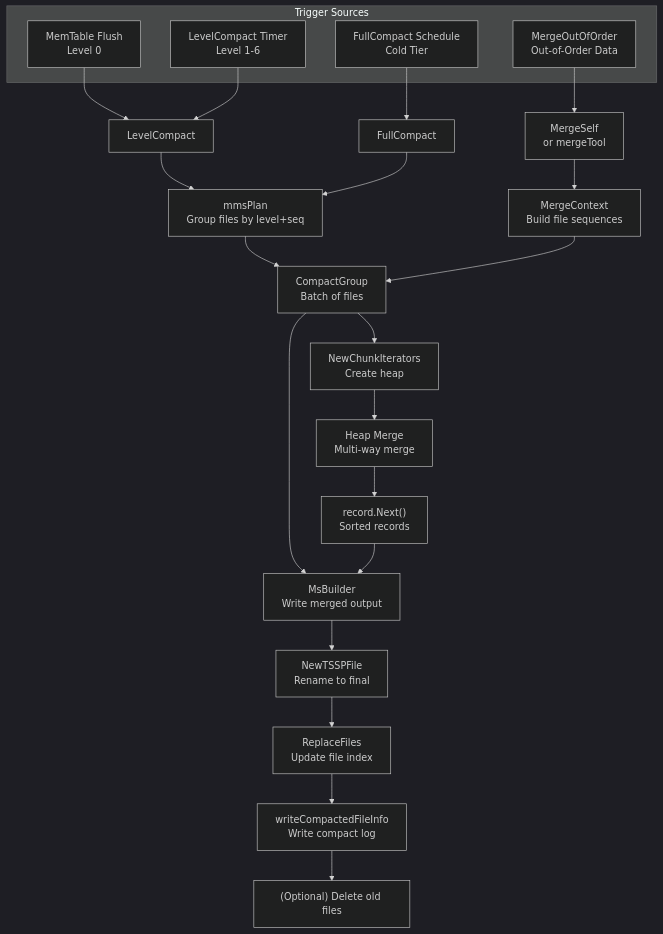
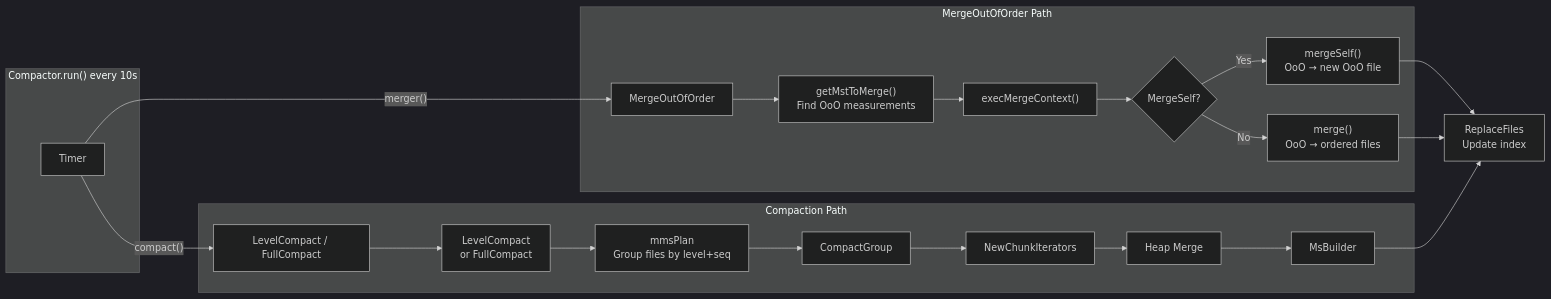
The sixth of 40 diagrams in openspec/specs/spec.md (stefanv5/openGemini), drawn with Mermaid (dark theme) before and after one commit. The commit also changed other lines of this file, not shown here.

First line of the commit message:
fix: correct MergeOutOfOrder flow - independent from FullCompact

````diff
--- a/openspec/specs/spec.md
+++ b/openspec/specs/spec.md
@@ -873,34 +938,30 @@
 ```mermaid
-flowchart TD
-    subgraph "Trigger Sources"
-        A["MemTable Flush<br/>Level 0"] 
-        B["LevelCompact Timer<br/>Level 1-6"]
-        C["FullCompact Schedule<br/>Cold Tier"]
-        D["MergeOutOfOrder<br/>Out-of-Order Data"]
+flowchart LR
+    subgraph "Compactor.run() every 10s"
+        T["Timer"]
     end
     
-    A --> E["LevelCompact"]
-    B --> E
-    C --> F["FullCompact"]
-    D --> G["MergeSelf<br/>or mergeTool"]
+    T -->|"merger()"| M["MergeOutOfOrder"]
+    T -->|"compact()"| C["LevelCompact / FullCompact"]
     
-    E --> H["mmsPlan<br/>Group files by level+seq"]
-    F --> H
-    G --> I["MergeContext<br/>Build file sequences"]
+    subgraph "MergeOutOfOrder Path"
+        M --> M1["getMstToMerge()<br/>Find OoO measurements"]
+        M1 --> M2["execMergeContext()"]
+        M2 --> M3{"MergeSelf?"}
+        M3 -->|Yes| M4["mergeSelf()<br/>OoO → new OoO file"]
+        M3 -->|No| M5["merge()<br/>OoO → ordered files"]
+    end
     
-    H --> J["CompactGroup<br/>Batch of files"]
-    I --> J
+    subgraph "Compaction Path"
+        C --> C1["LevelCompact<br/>or FullCompact"]
+        C1 --> C2["mmsPlan<br/>Group files by level+seq"]
+        C2 --> C3["CompactGroup"]
+        C3 --> C4["NewChunkIterators"]
+        C4 --> C5["Heap Merge"]
+        C5 --> C6["MsBuilder"]
+    end
     
-    J --> K["NewChunkIterators<br/>Create heap"]
-    J --> L["MsBuilder<br/>Write merged output"]
-    
-    K --> M["Heap Merge<br/>Multi-way merge"]
-    M --> N["record.Next()<br/>Sorted records"]
-    N --> L
-    
-    L --> O["NewTSSPFile<br/>Rename to final"]
-    O --> P["ReplaceFiles<br/>Update file index"]
-    
-    P --> Q["writeCompactedFileInfo<br/>Write compact log"]
-    Q --> R["(Optional) Delete old files"]
+    M4 --> R["ReplaceFiles<br/>Update index"]
+    M5 --> R
+    C6 --> R
 ```
````
